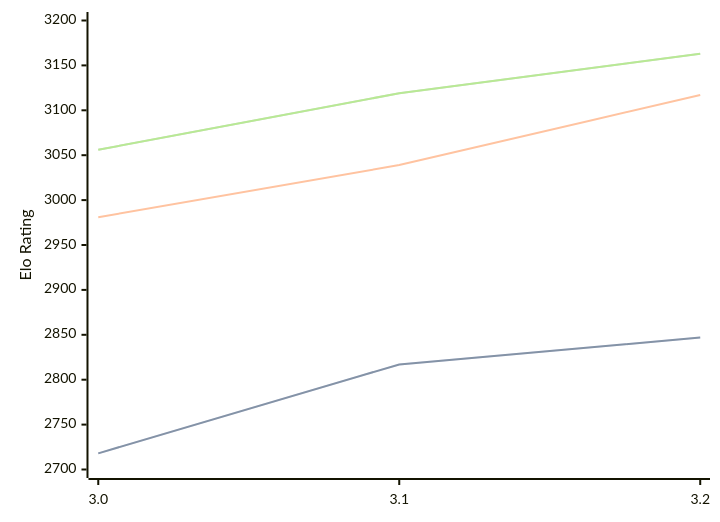
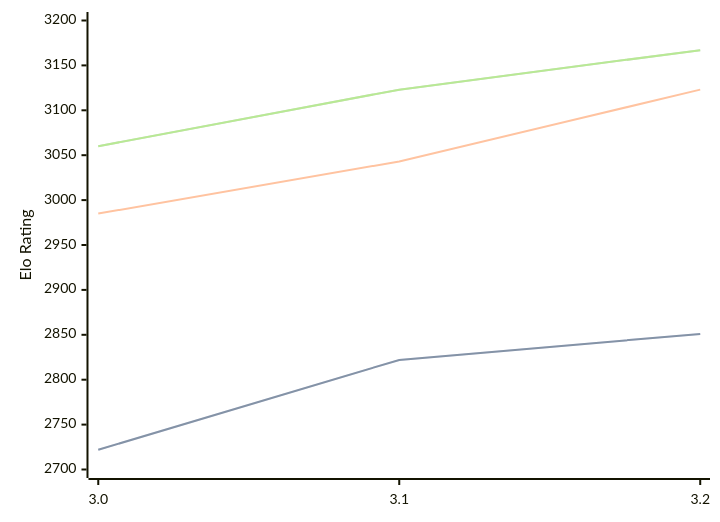
Before and after one commit to computer-chess-index/cci: the diagram in engines/Vajolet2.md, drawn with Mermaid. The commit also changed other lines of this file, not shown here.

Commit message:
Update CCI Ratings (ELO VLTC) - 2026-08-18

````diff
--- a/engines/Vajolet2.md
+++ b/engines/Vajolet2.md
@@ -33,11 +33,11 @@
 ```mermaid
 %%{init: {"theme":"base","themeVariables":{"seriesColors:['#a3a3a3','#222221','#faa371']}}}%%
 xychart-beta
   x-axis ["3.0", "3.1", "3.2"]
   y-axis "Elo Rating" 2700 --> 3200
-  line "STC (8.0+0.08s)" [2718, 2817, 2847]
-  line "STC (8.0+0.08s)" [2718, 2817, 2847]
-  line "LTC (60.0+0.60s)" [2981, 3039, 3117]
-  line "VLTC (2m24s+1.12s)" [3056, 3119, 3163]
-  line "VLTC (2m24s+1.12s)" [3056, 3119, 3163]
+  line "STC (8.0+0.08s)" [2722, 2822, 2851]
+  line "STC (8.0+0.08s)" [2722, 2822, 2851]
+  line "LTC (60.0+0.60s)" [2985, 3043, 3123]
+  line "VLTC (2m24s+1.12s)" [3060, 3123, 3167]
+  line "VLTC (2m24s+1.12s)" [3060, 3123, 3167]
 ```
````
